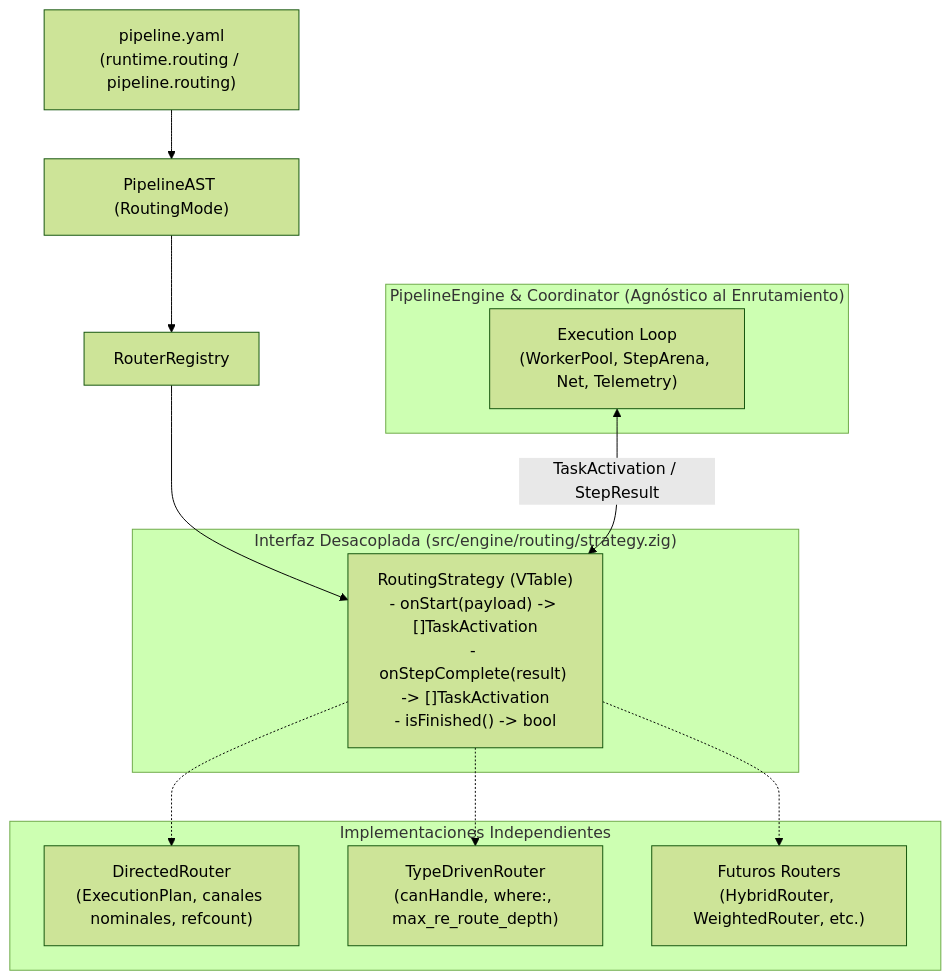
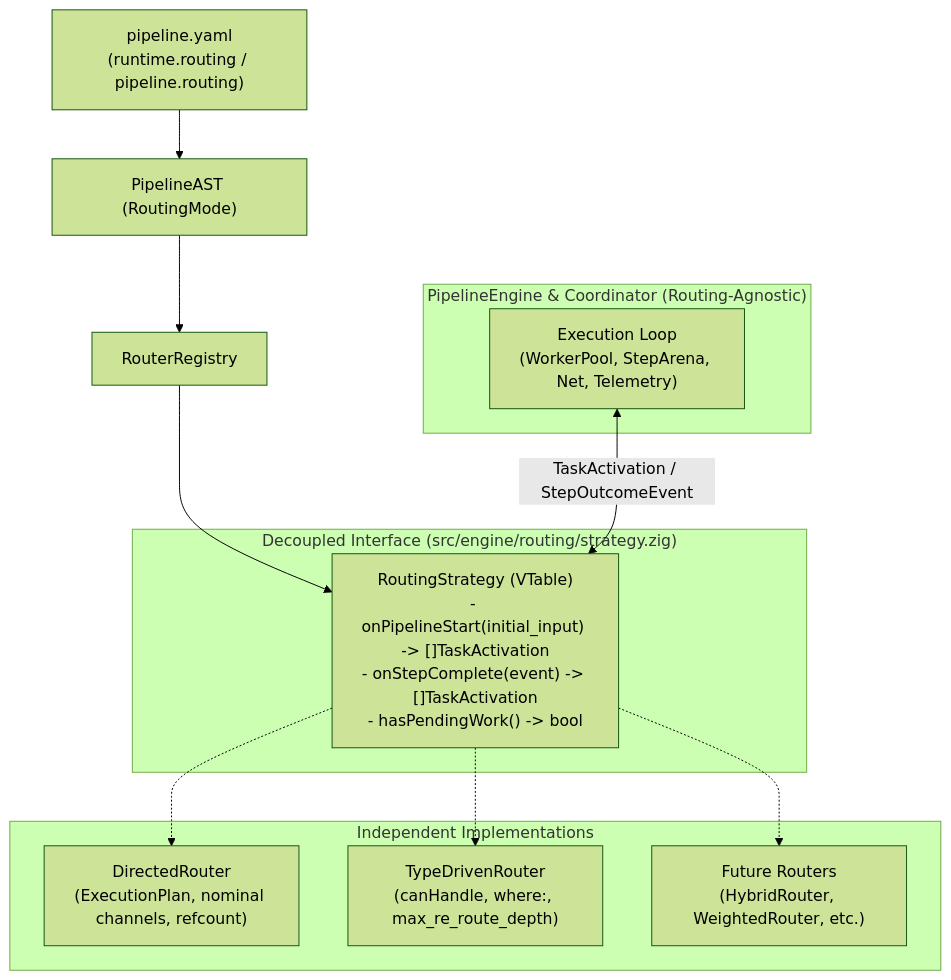
Before and after one commit to g-gar/vidsec: the diagram in docs/development/023-pluggable-routing-strategy-decoupling.md, drawn with Mermaid (forest theme). The commit also changed other lines of this file and 7 other files, not shown here.

Commit message:
task 024: fix input accumulation for type_driven routing

````diff
--- a/docs/development/023-pluggable-routing-strategy-decoupling.md
+++ b/docs/development/023-pluggable-routing-strategy-decoupling.md
@@ -39,25 +39,25 @@
 ```mermaid
 flowchart TD
     YAML["pipeline.yaml<br/>(runtime.routing / pipeline.routing)"] --> AST["PipelineAST (RoutingMode)"]
     AST --> Reg["RouterRegistry"]
 
-    subgraph Engine["PipelineEngine & Coordinator (Agnóstico al Enrutamiento)"]
+    subgraph Engine["PipelineEngine & Coordinator (Routing-Agnostic)"]
         ExecLoop["Execution Loop<br/>(WorkerPool, StepArena, Net, Telemetry)"]
     end
 
-    subgraph Contract["Interfaz Desacoplada (src/engine/routing/strategy.zig)"]
-        Strategy["RoutingStrategy (VTable)<br/>- onStart(payload) -> []TaskActivation<br/>- onStepComplete(result) -> []TaskActivation<br/>- isFinished() -> bool"]
+    subgraph Contract["Decoupled Interface (src/engine/routing/strategy.zig)"]
+        Strategy["RoutingStrategy (VTable)<br/>- onPipelineStart(initial_input) -> []TaskActivation<br/>- onStepComplete(event) -> []TaskActivation<br/>- hasPendingWork() -> bool"]
     end
 
-    subgraph Impls["Implementaciones Independientes"]
-        Dir["DirectedRouter<br/>(ExecutionPlan, canales nominales, refcount)"]
+    subgraph Impls["Independent Implementations"]
+        Dir["DirectedRouter<br/>(ExecutionPlan, nominal channels, refcount)"]
         TypeDrv["TypeDrivenRouter<br/>(canHandle, where:, max_re_route_depth)"]
-        Fut["Futuros Routers<br/>(HybridRouter, WeightedRouter, etc.)"]
+        Fut["Future Routers<br/>(HybridRouter, WeightedRouter, etc.)"]
     end
 
     Reg --> Strategy
-    ExecLoop <-->|TaskActivation / StepResult| Strategy
+    ExecLoop <-->|TaskActivation / StepOutcomeEvent| Strategy
     Strategy -.-> Dir
     Strategy -.-> TypeDrv
     Strategy -.-> Fut
 ```
````
